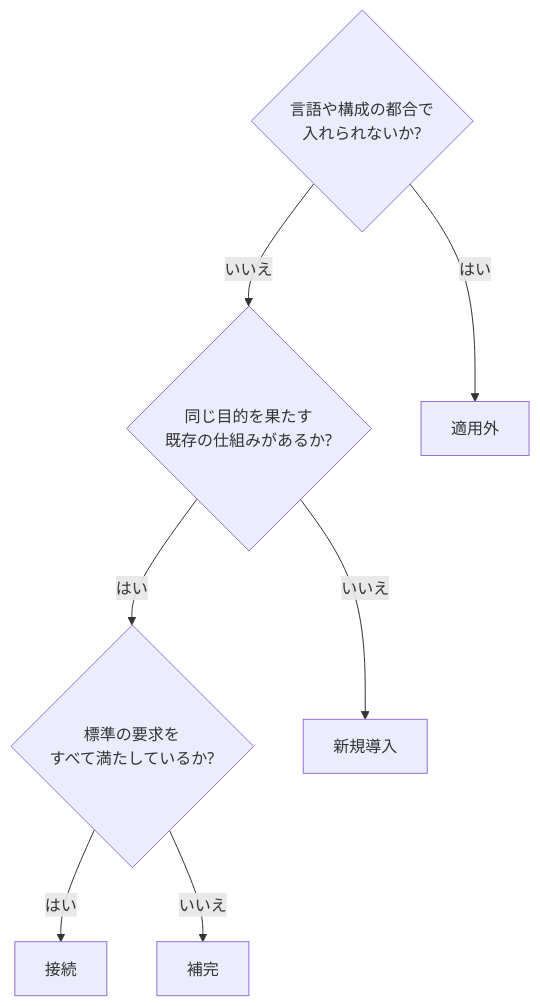
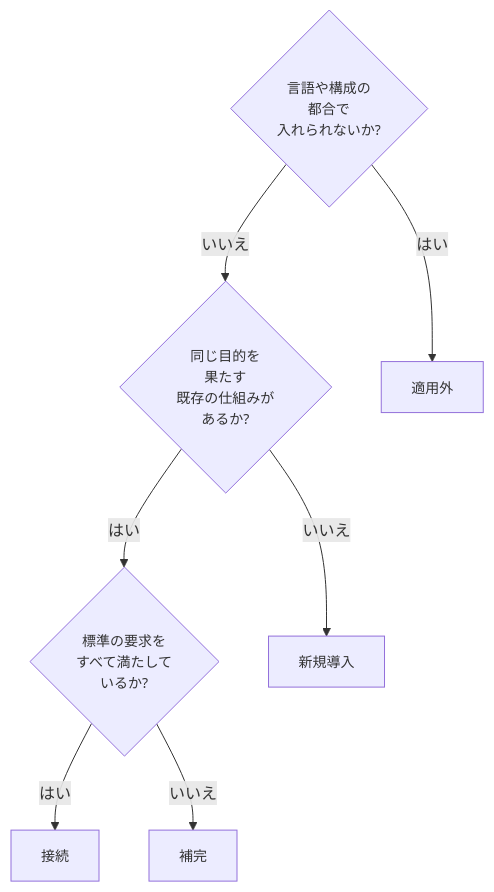
One commit to toshio-shiratori/harness-test-strategy changed the second of 2 diagrams in docs/testing/05-adoption-guide.md. Above: the diagram before and after it, drawn with Mermaid. The commit also changed other lines of this file and 5 other files, not shown here.

First line of the commit message:
docs: docs/testing の図で、ノード内の文字が GitHub 上で語の途中で折り返すのを直す (#210) (#220)

````diff
--- a/docs/testing/05-adoption-guide.md
+++ b/docs/testing/05-adoption-guide.md
@@ -117,16 +117,17 @@
 ```mermaid
 flowchart TB
-  Q1{"言語や構成の都合で<br/>入れられないか?"}
-  Q2{"同じ目的を果たす<br/>既存の仕組みがあるか?"}
-  Q3{"標準の要求を<br/>すべて満たしているか?"}
+  classDef default font-size:14px
+  Q1{"言語や構成の<br/>都合で<br/>入れられないか?"}
+  Q2{"同じ目的を<br/>果たす<br/>既存の仕組みが<br/>あるか?"}
+  Q3{"標準の要求を<br/>すべて満たして<br/>いるか?"}
   M0["適用外"]
   M1["新規導入"]
   M2["接続"]
   M3["補完"]
   Q1 -- "はい" --> M0
   Q1 -- "いいえ" --> Q2
   Q2 -- "いいえ" --> M1
   Q2 -- "はい" --> Q3
   Q3 -- "はい" --> M2
   Q3 -- "いいえ" --> M3
 ```
````
